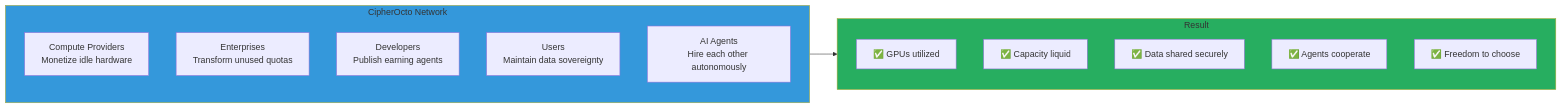
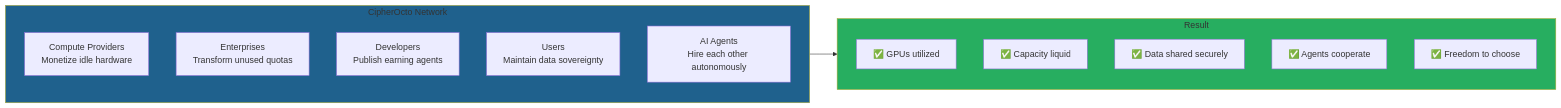
One commit to CipherOcto/cipherocto changed the second of 9 diagrams in docs/01-foundation/litepaper.md. Above: the diagram before and after it, drawn with Mermaid. The commit also changed other lines of this file and 13 other files, not shown here.

First line of the commit message:
Improve Mermaid diagram accessibility: Fix color contrast

````diff
--- a/docs/01-foundation/litepaper.md
+++ b/docs/01-foundation/litepaper.md
@@ -58,25 +58,25 @@
 ```mermaid
 graph LR
     subgraph UNIFIED["CipherOcto Network"]
         direction TB
         U1[Compute Providers<br/>Monetize idle hardware]
         U2[Enterprises<br/>Transform unused quotas]
         U3[Developers<br/>Publish earning agents]
         U4[Users<br/>Maintain data sovereignty]
         U5[AI Agents<br/>Hire each other autonomously]
     end
 
     subgraph OUTCOME["Result"]
         direction TB
         R1[✅ GPUs utilized]
         R2[✅ Capacity liquid]
         R3[✅ Data shared securely]
         R4[✅ Agents cooperate]
         R5[✅ Freedom to choose]
     end
 
     UNIFIED --> OUTCOME
 
-    style UNIFIED fill:#3498db
+    style UNIFIED fill:#1f618d
     style OUTCOME fill:#27ae60
 ```
````
